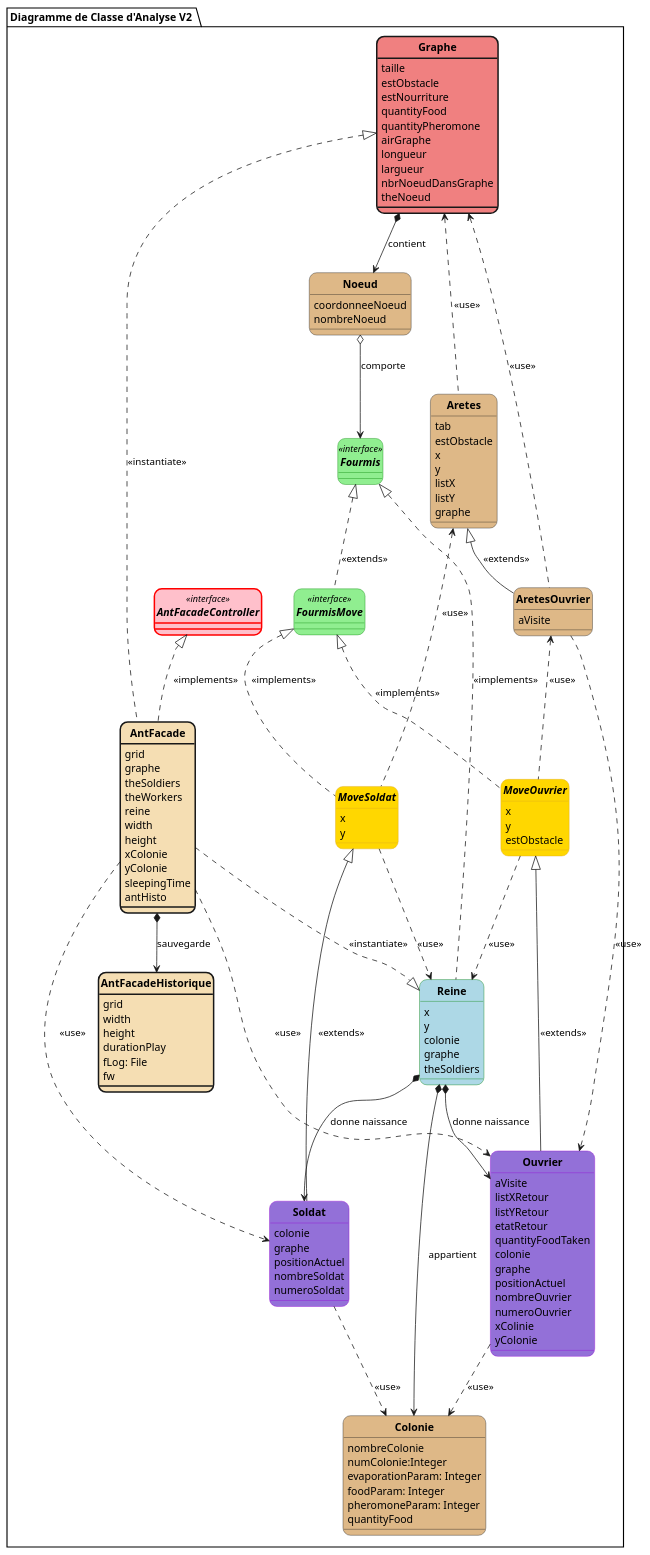
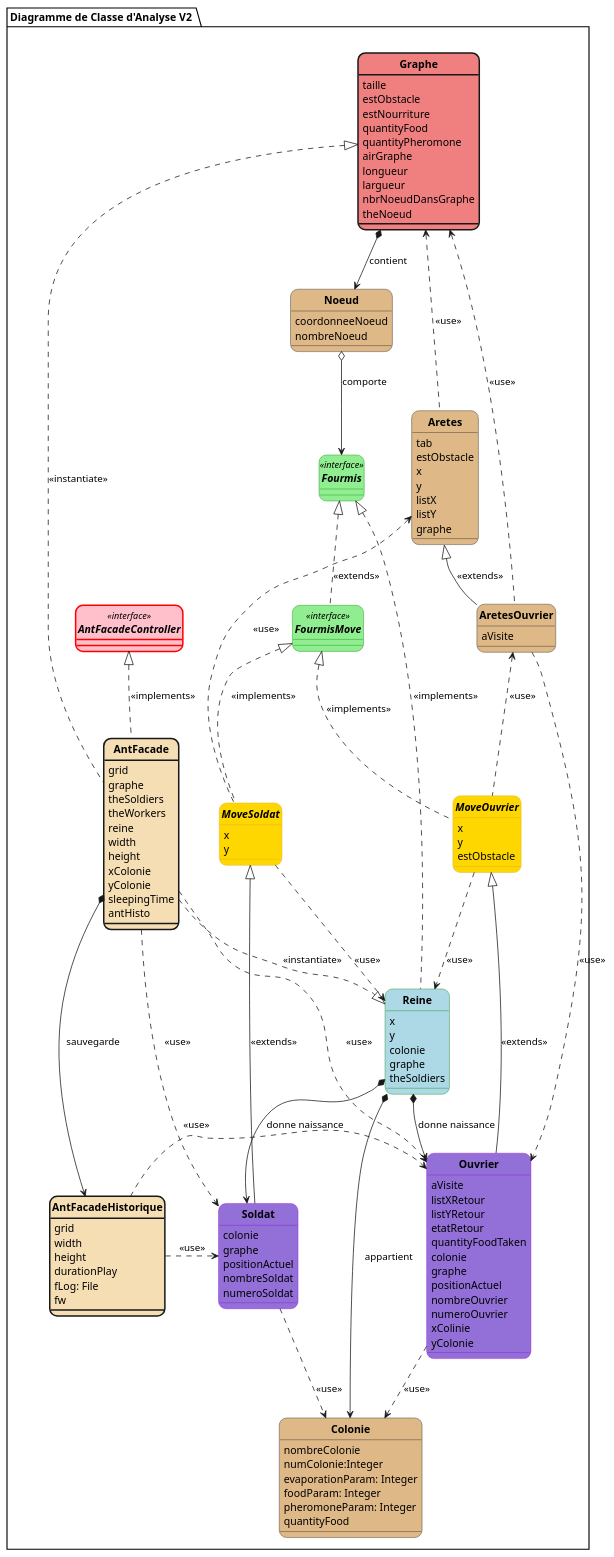
One commit to jvondermarck/ant-colony changed the diagram in plantUML/V2/Fourmis_DC_Analyse.puml. Above: the diagram before and after it, drawn with PlantUML. The commit also changed 3 other files, not shown here.

Commit message:
MAJ UML dû à la classe Historique

```diff
--- a/plantUML/V2/Fourmis_DC_Analyse.puml
+++ b/plantUML/V2/Fourmis_DC_Analyse.puml
@@ -1,163 +1,165 @@
 @startuml
 'https://plantuml.com/class-diagram
 
 skinparam style strictuml
 skinparam classAttributeIconSize 0
 skinparam classFontStyle Bold
 skinparam roundcorner 20
 hide enum methods
 
 package "Diagramme de Classe d'Analyse V2 " <<Folder>> {
   interface AntFacadeController <<interface>> #pink ##[bold]red {
   }
 
   class Graphe #lightcoral;line.bold {
       taille
       estObstacle
       estNourriture
       quantityFood
       quantityPheromone
       airGraphe
       longueur
       largueur
       nbrNoeudDansGraphe
       theNoeud
   }
 
   class Colonie #burlywood {
       nombreColonie
       numColonie:Integer
       evaporationParam: Integer
       foodParam: Integer
       pheromoneParam: Integer
       quantityFood
   }
 
   class Noeud #burlywood {
       coordonneeNoeud
       nombreNoeud
   }
 
   class AntFacade #back:Wheat;line.bold {
       grid
       graphe
       theSoldiers
       theWorkers
       reine
       width
       height
       xColonie
       yColonie
       sleepingTime
       antHisto
   }
 
     class AntFacadeHistorique #back:Wheat;line.bold {
         grid
         width
         height
         durationPlay
         fLog: File
         fw
     }
 
   class Aretes #burlywood {
       tab
       estObstacle
       x
       y
       listX
       listY
       graphe
   }
 
   class AretesOuvrier #burlywood {
         aVisite
     }
 
   interface Fourmis <<interface>> #lightgreen;line:green {
   }
 
   class Reine #lightblue;line:green {
       x
       y
       colonie
       graphe
       theSoldiers
   }
 
   interface FourmisMove <<interface>> #lightgreen;line:green {
   }
 
   abstract class MoveSoldat #gold;line:goldenrod {
       x
       y
   }
 
   abstract class MoveOuvrier #gold;line:goldenrod  {
       x
       y
       estObstacle
   }
 
   class Soldat #mediumpurple;line:darkviolet {
       colonie
       graphe
       positionActuel
       nombreSoldat
       numeroSoldat
   }
 
    class Ouvrier #mediumpurple;line:darkviolet {
         aVisite
         listXRetour
         listYRetour
         etatRetour
         quantityFoodTaken
         colonie
         graphe
         positionActuel
         nombreOuvrier
         numeroOuvrier
         xColinie
         yColonie
     }
 }
 
 
 AntFacadeController <|.. AntFacade : <<implements>>
 AntFacade .up.|> Graphe : <<instantiate>>
 AntFacade ..|> Reine : <<instantiate>>
 
 Graphe  *--> Noeud : contient
 
 Reine  *-> Colonie : appartient
 Noeud  o-->  Fourmis : comporte
 
 Fourmis <|.. Reine : <<implements>>
 Fourmis <|.. FourmisMove : <<extends>>
 
 Aretes <|-- AretesOuvrier : <<extends>>
 Aretes <.. MoveSoldat : <<use>>
 AretesOuvrier <.. MoveOuvrier : <<use>>
 
 FourmisMove <|.. MoveOuvrier : \n\n<<implements>>
 FourmisMove <|.. MoveSoldat : <<implements>>
 
 MoveSoldat <|-- Soldat : <<extends>>
 MoveOuvrier <|-- Ouvrier : <<extends>>
 Reine  *-->  Soldat : donne naissance
 Reine  *-->  Ouvrier : donne naissance
 
 AntFacade ..> Soldat : <<use>>
 AntFacade ..> Ouvrier : <<use>>
 Aretes .up.> Graphe : <<use>>
 AretesOuvrier .up.> Graphe : <<use>>
 AretesOuvrier ..> Ouvrier : <<use>>
 MoveSoldat ..> Reine : <<use>>
 MoveOuvrier ..> Reine : <<use>>
 Ouvrier ..> Colonie : <<use>>
 Soldat ..> Colonie : <<use>>
 AntFacade *--> AntFacadeHistorique : sauvegarde
+AntFacadeHistorique .right.> Soldat : <<use>>
+AntFacadeHistorique .right.> Ouvrier : <<use>>
 
 @enduml
```
